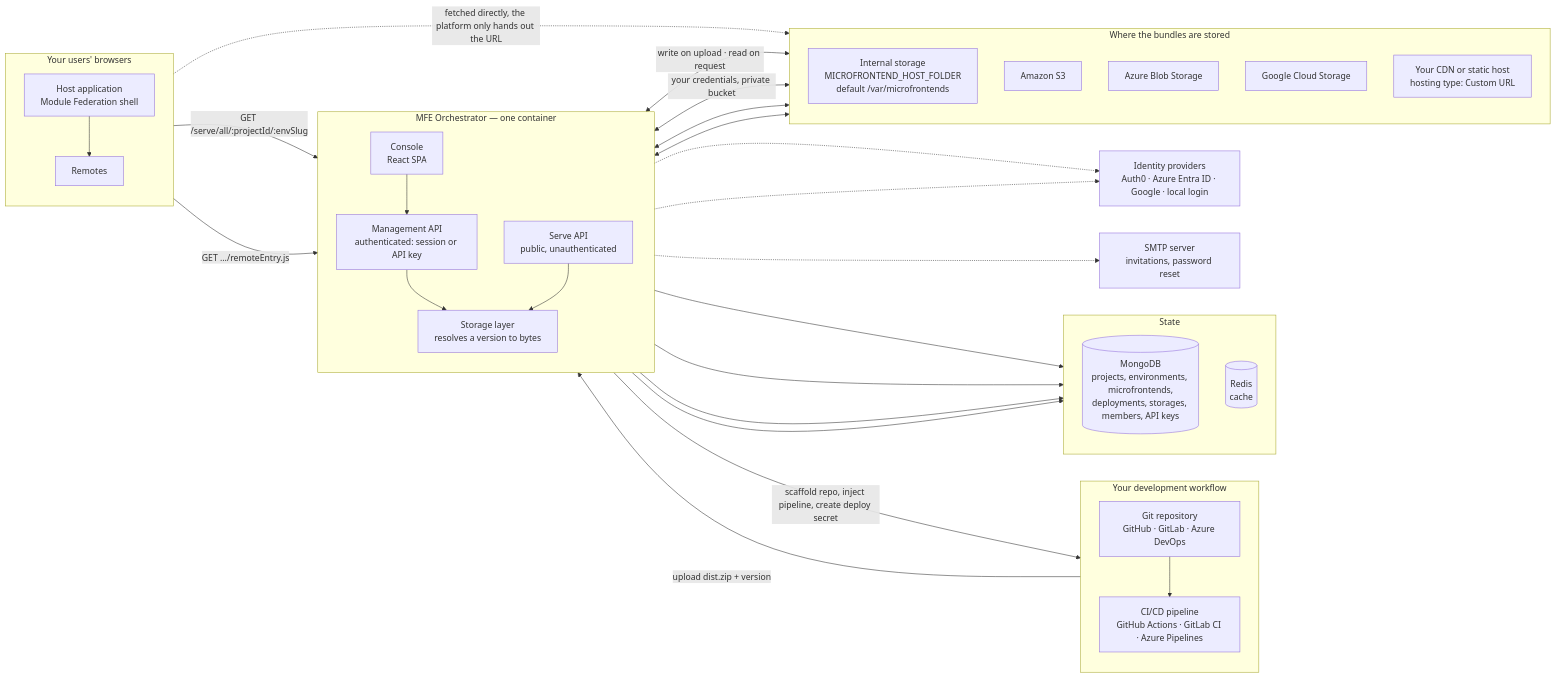
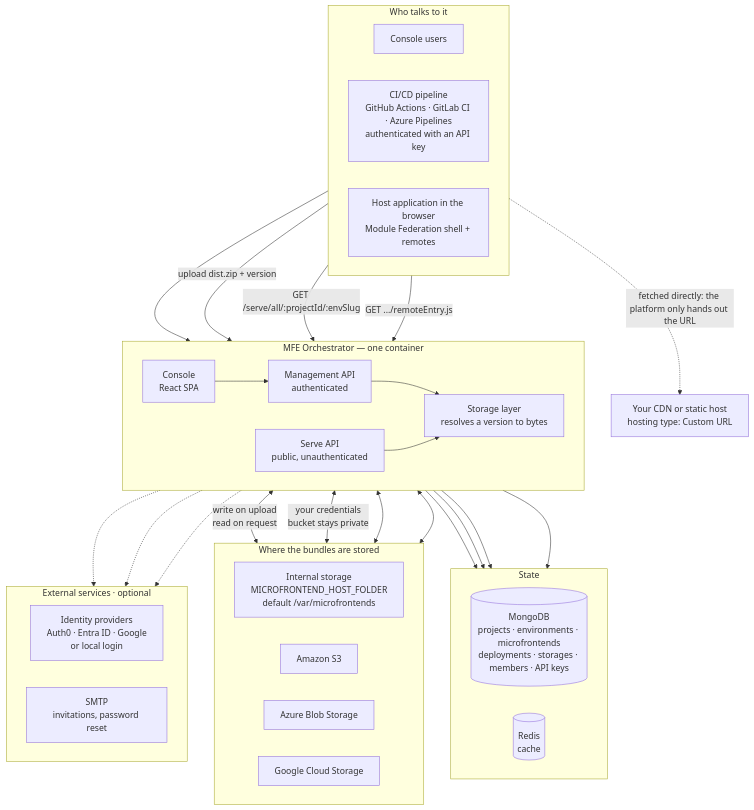
The first of 4 diagrams in docs/architecture.md (mfe-orchestrator/documentation), drawn with Mermaid before and after one commit. The commit also changed other lines of this file, not shown here.

Commit message:
docs(architecture): lay out the system diagram top-down
The left-to-right version put the CI/CD workflow at the bottom right, because
the "management API scaffolds the repository" edge closed a cycle and dagre
ranked the repo after the container. Dropping that edge (the point is now a
bullet under the diagram) and layering clients → container → state/artifacts
top-down removes the long crossing edges.

Also declares the environments prod-to-dev so they render dev, uat, prod left
to right, and collapses the project-configuration subgraph into a single node
so it no longer stacks five boxes above the environments.

````diff
--- a/docs/architecture.md
+++ b/docs/architecture.md
@@ -25,66 +25,63 @@
 ```mermaid
-flowchart LR
-    subgraph yours["Your development workflow"]
-        direction TB
-        repo["Git repository<br/>GitHub · GitLab · Azure DevOps"]
-        ci["CI/CD pipeline<br/>GitHub Actions · GitLab CI · Azure Pipelines"]
-        repo --> ci
+flowchart TB
+    subgraph clients["Who talks to it"]
+        direction LR
+        people["Console users"]
+        ci["CI/CD pipeline<br/>GitHub Actions · GitLab CI · Azure Pipelines<br/>authenticated with an API key"]
+        browser["Host application in the browser<br/>Module Federation shell + remotes"]
     end
 
     subgraph orch["MFE Orchestrator — one container"]
-        direction TB
+        direction LR
         console["Console<br/>React SPA"]
-        mgmt["Management API<br/>authenticated: session or API key"]
+        mgmt["Management API<br/>authenticated"]
         serve["Serve API<br/>public, unauthenticated"]
         storage["Storage layer<br/>resolves a version to bytes"]
-        console --> mgmt
-        mgmt --> storage
-        serve --> storage
     end
 
     subgraph state["State"]
-        direction TB
-        mongo[("MongoDB<br/>projects, environments, microfrontends,<br/>deployments, storages, members, API keys")]
+        direction LR
+        mongo[("MongoDB<br/>projects · environments · microfrontends<br/>deployments · storages · members · API keys")]
         redis[("Redis<br/>cache")]
     end
 
     subgraph artifacts["Where the bundles are stored"]
-        direction TB
+        direction LR
         internal["Internal storage<br/>MICROFRONTEND_HOST_FOLDER<br/>default /var/microfrontends"]
         s3["Amazon S3"]
         blob["Azure Blob Storage"]
         gcs["Google Cloud Storage"]
-        ext["Your CDN or static host<br/>hosting type: Custom URL"]
     end
 
-    subgraph browsers["Your users' browsers"]
-        direction TB
-        host["Host application<br/>Module Federation shell"]
-        remote["Remotes"]
-        host --> remote
+    subgraph optional["External services · optional"]
+        direction LR
+        idp["Identity providers<br/>Auth0 · Entra ID · Google<br/>or local login"]
+        smtp["SMTP<br/>invitations, password reset"]
     end
 
-    idp["Identity providers<br/>Auth0 · Azure Entra ID · Google · local login"]
-    smtp["SMTP server<br/>invitations, password reset"]
+    ext["Your CDN or static host<br/>hosting type: Custom URL"]
 
+    people --> console
+    console --> mgmt
     ci -->|"upload dist.zip + version"| mgmt
-    mgmt -->|"scaffold repo, inject pipeline, create deploy secret"| repo
+    browser -->|"GET /serve/all/:projectId/:envSlug"| serve
+    browser -->|"GET .../remoteEntry.js"| serve
 
+    mgmt --> storage
+    serve --> storage
     mgmt --> mongo
     mgmt --> redis
     serve --> mongo
     serve --> redis
 
     console -.-> idp
     mgmt -.-> idp
     mgmt -.-> smtp
 
-    storage <-->|"write on upload · read on request"| internal
-    storage <-->|"your credentials, private bucket"| s3
+    storage <-->|"write on upload<br/>read on request"| internal
+    storage <-->|"your credentials<br/>bucket stays private"| s3
     storage <--> blob
     storage <--> gcs
 
-    host -->|"GET /serve/all/:projectId/:envSlug"| serve
-    host -->|"GET .../remoteEntry.js"| serve
-    remote -.->|"fetched directly, the platform only hands out the URL"| ext
+    browser -.->|"fetched directly: the platform only hands out the URL"| ext
 ```
````
